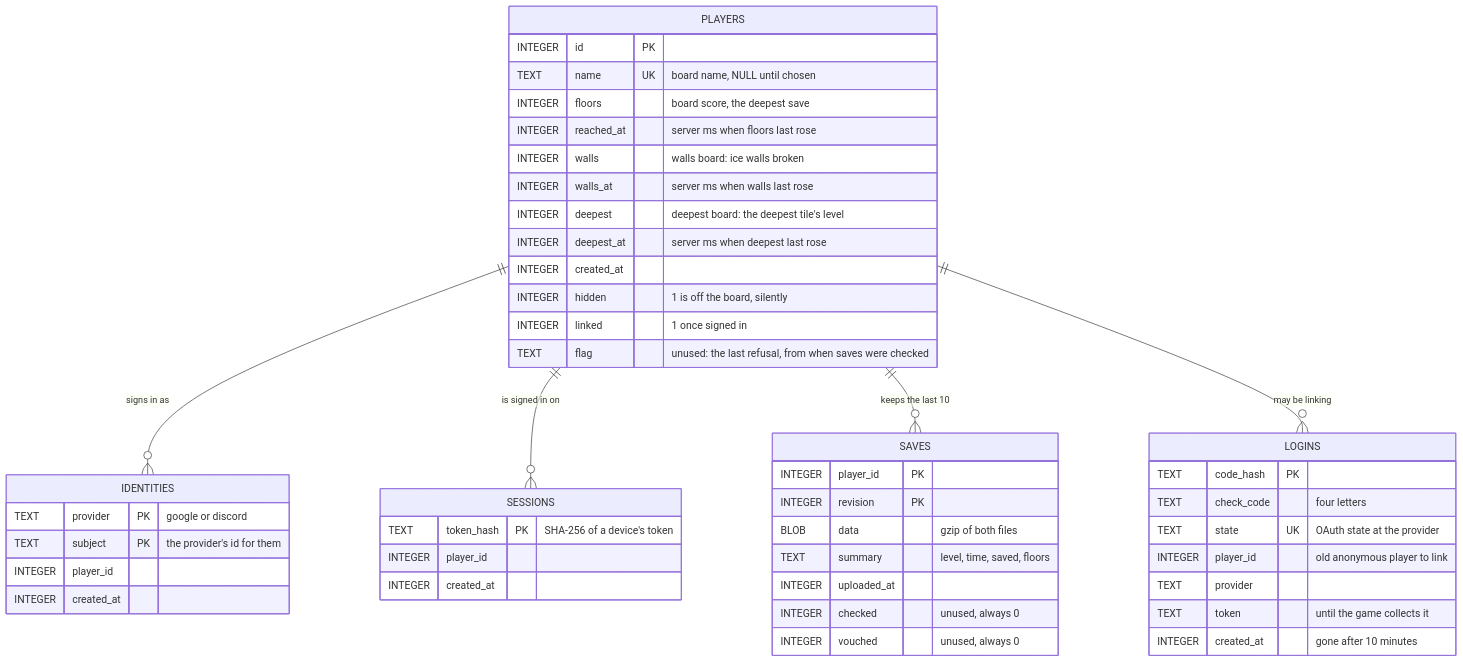
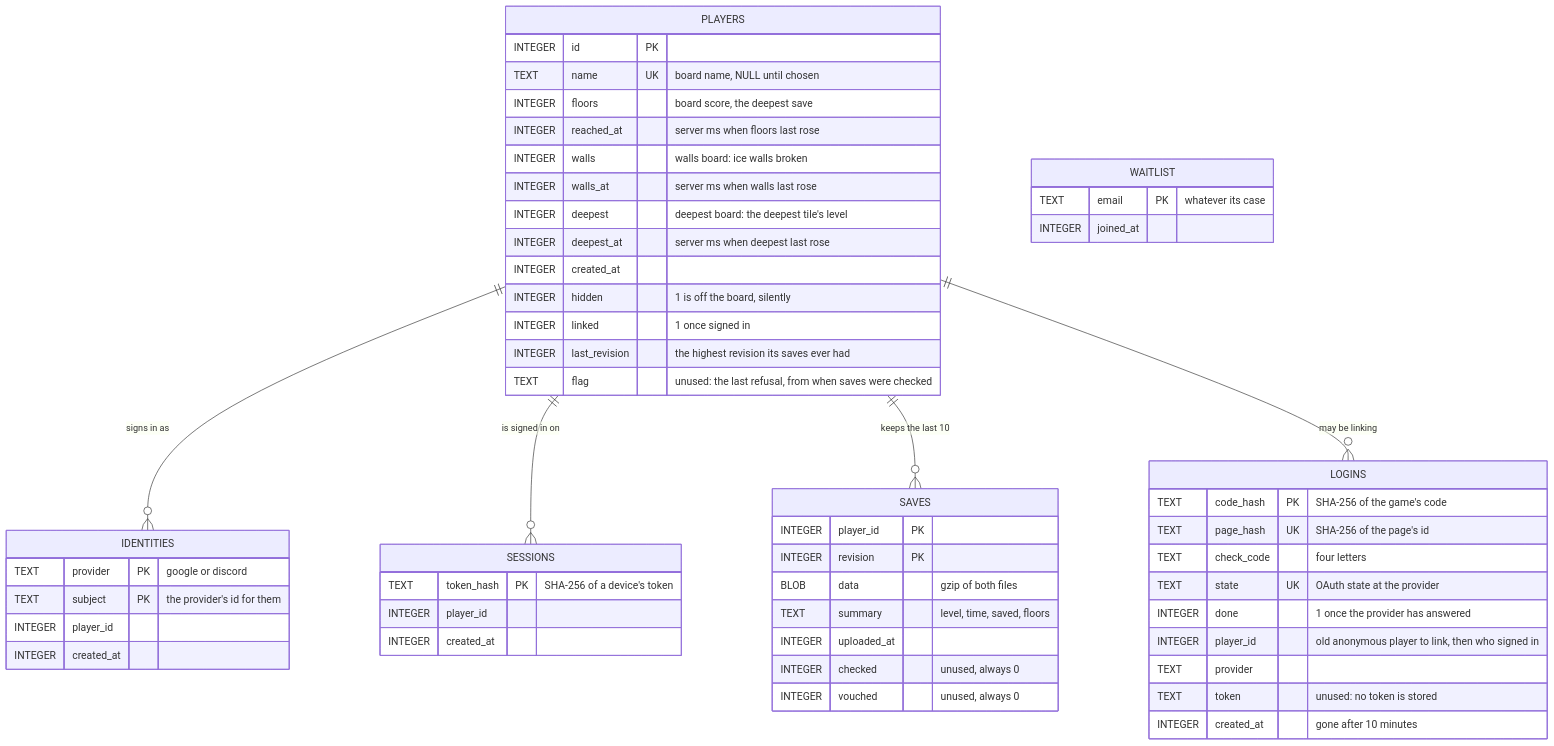
The sixth of 7 diagrams in backend/leaderboard/README.md (dikmedvescekmurovec/kobold-clicker), drawn with Mermaid before and after one commit. The commit also changed other lines of this file and 7 other files, not shown here.

````diff
--- a/backend/leaderboard/README.md
+++ b/backend/leaderboard/README.md
@@ -308,50 +334,57 @@
 ```mermaid
 erDiagram
     PLAYERS ||--o{ IDENTITIES : "signs in as"
     PLAYERS ||--o{ SESSIONS : "is signed in on"
     PLAYERS ||--o{ SAVES : "keeps the last 10"
     PLAYERS ||--o{ LOGINS : "may be linking"
     PLAYERS {
         INTEGER id PK
         TEXT name UK "board name, NULL until chosen"
         INTEGER floors "board score, the deepest save"
         INTEGER reached_at "server ms when floors last rose"
         INTEGER walls "walls board: ice walls broken"
         INTEGER walls_at "server ms when walls last rose"
         INTEGER deepest "deepest board: the deepest tile's level"
         INTEGER deepest_at "server ms when deepest last rose"
         INTEGER created_at
         INTEGER hidden "1 is off the board, silently"
         INTEGER linked "1 once signed in"
+        INTEGER last_revision "the highest revision its saves ever had"
         TEXT flag "unused: the last refusal, from when saves were checked"
     }
     IDENTITIES {
         TEXT provider PK "google or discord"
         TEXT subject PK "the provider's id for them"
         INTEGER player_id
         INTEGER created_at
     }
     SESSIONS {
         TEXT token_hash PK "SHA-256 of a device's token"
         INTEGER player_id
         INTEGER created_at
     }
     LOGINS {
-        TEXT code_hash PK
+        TEXT code_hash PK "SHA-256 of the game's code"
+        TEXT page_hash UK "SHA-256 of the page's id"
         TEXT check_code "four letters"
         TEXT state UK "OAuth state at the provider"
-        INTEGER player_id "old anonymous player to link"
+        INTEGER done "1 once the provider has answered"
+        INTEGER player_id "old anonymous player to link, then who signed in"
         TEXT provider
-        TEXT token "until the game collects it"
+        TEXT token "unused: no token is stored"
         INTEGER created_at "gone after 10 minutes"
     }
     SAVES {
         INTEGER player_id PK
         INTEGER revision PK
         BLOB data "gzip of both files"
         TEXT summary "level, time, saved, floors"
         INTEGER uploaded_at
         INTEGER checked "unused, always 0"
         INTEGER vouched "unused, always 0"
     }
+    WAITLIST {
+        TEXT email PK "whatever its case"
+        INTEGER joined_at
+    }
 ```
````
